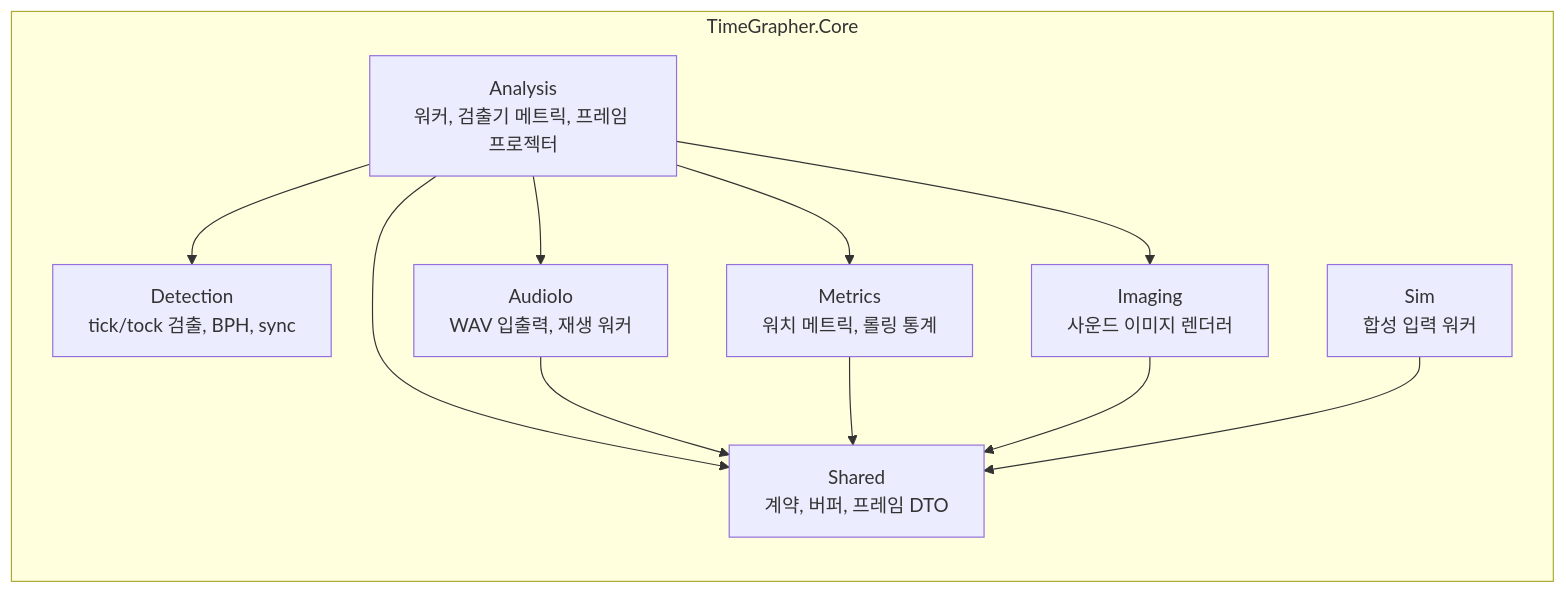
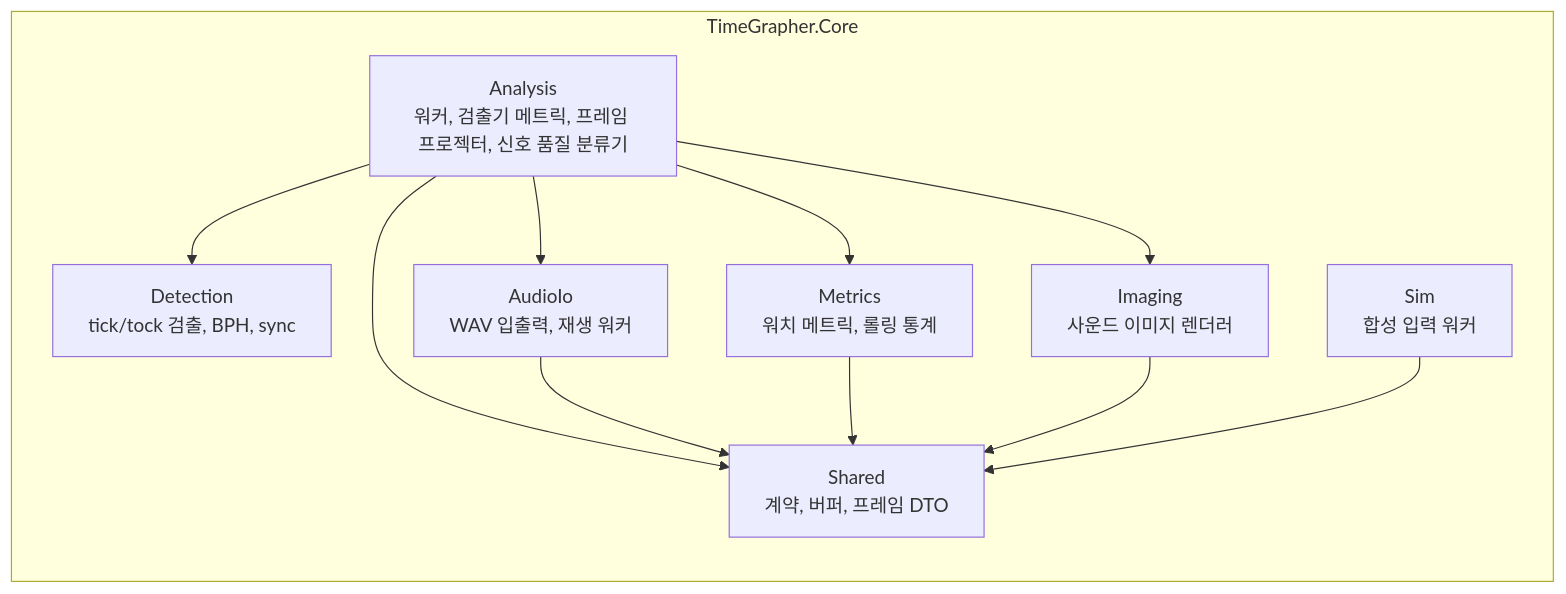
Before and after one commit to Jae-hong-5/TimeGrapher-Net: the third of 3 diagrams in docs/for-ai/MODULE_USES_VIEW.md, drawn with Mermaid. The commit also changed other lines of this file, not shown here.

````diff
--- a/docs/for-ai/MODULE_USES_VIEW.md
+++ b/docs/for-ai/MODULE_USES_VIEW.md
@@ -207,23 +210,23 @@
 ```mermaid
 flowchart TB
     subgraph Core["TimeGrapher.Core"]
         direction TB
-        Analysis["Analysis<br/>워커, 검출기 메트릭, 프레임 프로젝터"]
+        Analysis["Analysis<br/>워커, 검출기 메트릭, 프레임 프로젝터, 신호 품질 분류기"]
         Detection["Detection<br/>tick/tock 검출, BPH, sync"]
         Metrics["Metrics<br/>워치 메트릭, 롤링 통계"]
         Imaging["Imaging<br/>사운드 이미지 렌더러"]
         AudioIo["AudioIo<br/>WAV 입출력, 재생 워커"]
         Sim["Sim<br/>합성 입력 워커"]
         Shared["Shared<br/>계약, 버퍼, 프레임 DTO"]
     end
 
     Analysis --> Detection
     Analysis --> Metrics
     Analysis --> Imaging
     Analysis --> AudioIo
     Analysis --> Shared
     AudioIo --> Shared
     Metrics --> Shared
     Imaging --> Shared
     Sim --> Shared
 ```
````
